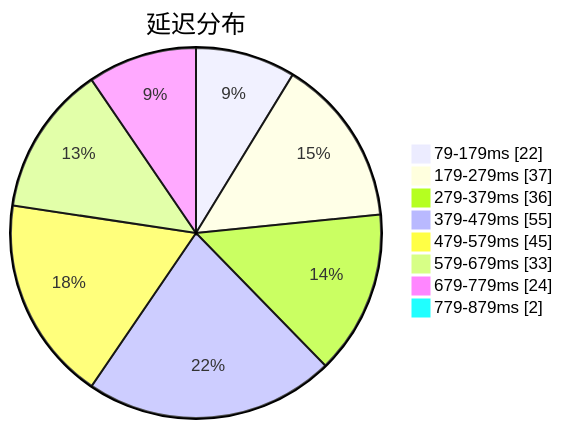
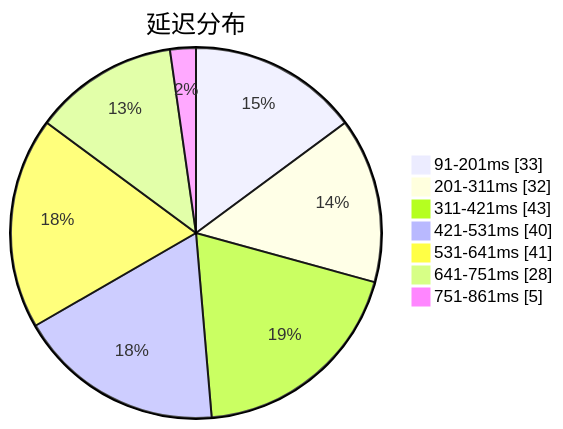
Before and after one commit to sinspired/airport: the first of 3 diagrams in subs/statistics/tested_within.md, drawn with Mermaid. The commit also changed other lines of this file and 2 other files, not shown here.

````diff
--- a/subs/statistics/tested_within.md
+++ b/subs/statistics/tested_within.md
@@ -2,12 +2,11 @@
 ```mermaid
 pie showData
 title 延迟分布
-"79-179ms" : 22
-"179-279ms" : 37
-"279-379ms" : 36
-"379-479ms" : 55
-"479-579ms" : 45
-"579-679ms" : 33
-"679-779ms" : 24
-"779-879ms" : 2
+"91-201ms" : 33
+"201-311ms" : 32
+"311-421ms" : 43
+"421-531ms" : 40
+"531-641ms" : 41
+"641-751ms" : 28
+"751-861ms" : 5
 ```
````
